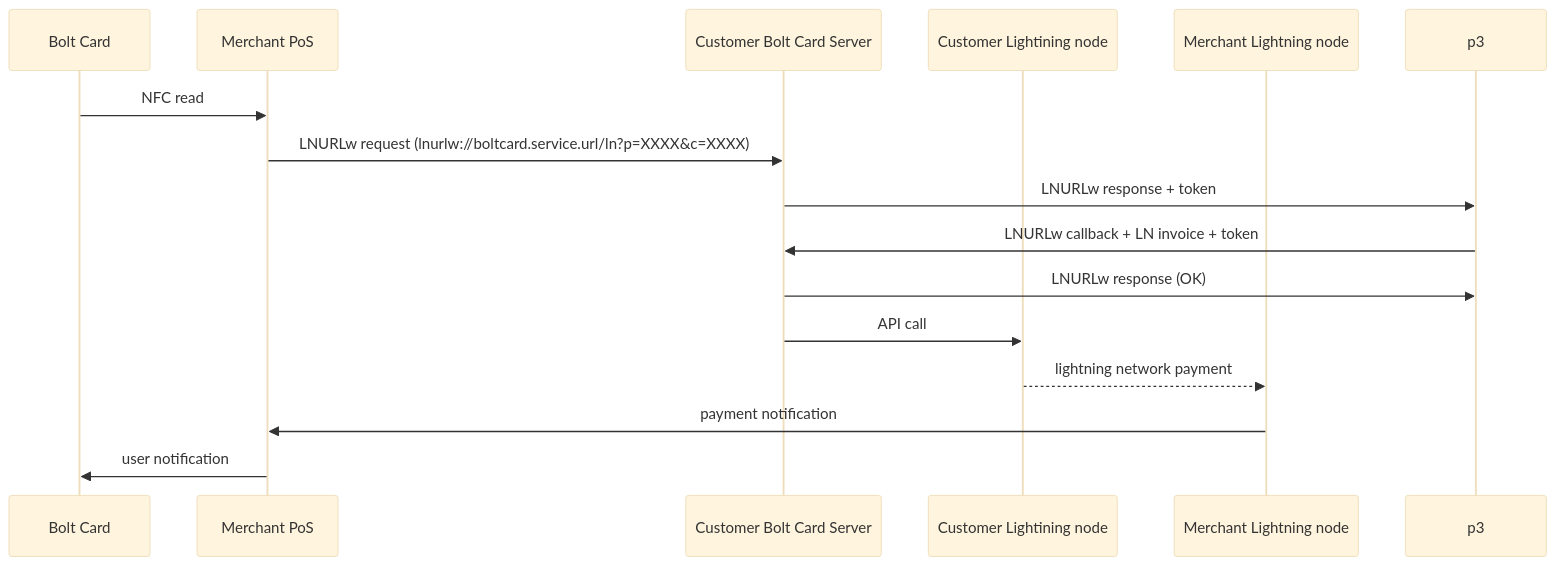
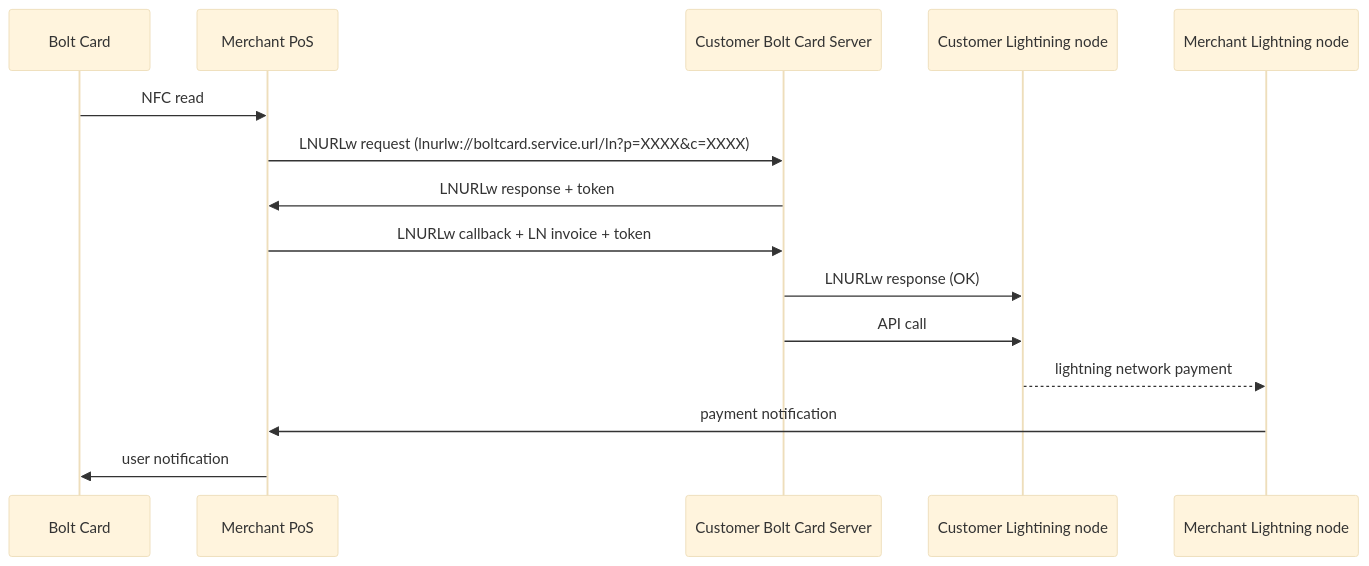
The diagram in system.MD (robertclarkson/mockend), drawn with Mermaid (base theme) before and after one commit.

````diff
--- a/system.MD
+++ b/system.MD
@@ -3,17 +3,17 @@
 ```mermaid
 sequenceDiagram
     participant p1 as Bolt Card
     participant p2 as Merchant PoS
-    participant p4 as Customer Bolt Card Server
-    participant p5 as Customer Lightining node
-    participant p6 as Merchant Lightning node
+    participant p3 as Customer Bolt Card Server
+    participant p4 as Customer Lightining node
+    participant p5 as Merchant Lightning node
     p1->>p2: NFC read
-    p2->>p4: LNURLw request (lnurlw://boltcard.service.url/ln?p=XXXX&c=XXXX)
-    p4->>p3: LNURLw response + token
-    p3->>p4: LNURLw callback + LN invoice + token
-    p4->>p3: LNURLw response (OK)
-    p4->>p5: API call
-    p5-->>p6: lightning network payment
-    p6->>p2: payment notification
+    p2->>p3: LNURLw request (lnurlw://boltcard.service.url/ln?p=XXXX&c=XXXX)
+    p3->>p2: LNURLw response + token
+    p2->>p3: LNURLw callback + LN invoice + token
+    p3->>p4: LNURLw response (OK)
+    p3->>p4: API call
+    p4-->>p5: lightning network payment
+    p5->>p2: payment notification
     p2->>p1: user notification
 ```
````
